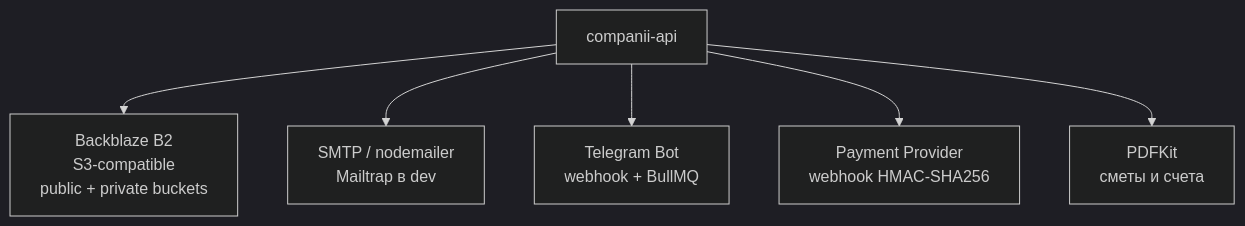
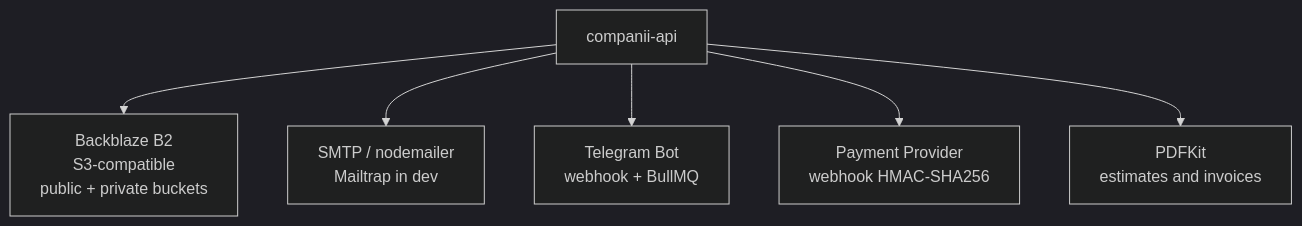
One commit to 1GoodCod1/companii-api changed the ninth of 10 diagrams in README.md. Above: the diagram before and after it, drawn with Mermaid (dark theme). The commit also changed other lines of this file and 1 other file, not shown here.

````diff
--- a/README.md
+++ b/README.md
@@ -383,10 +385,10 @@
 ```mermaid
 flowchart TB
     API["companii-api"]
 
     API --> B2["Backblaze B2<br/>S3-compatible<br/>public + private buckets"]
-    API --> SMTP["SMTP / nodemailer<br/>Mailtrap в dev"]
+    API --> SMTP["SMTP / nodemailer<br/>Mailtrap in dev"]
     API --> TG["Telegram Bot<br/>webhook + BullMQ"]
     API --> PAY["Payment Provider<br/>webhook HMAC-SHA256"]
-    API --> PDF["PDFKit<br/>сметы и счета"]
+    API --> PDF["PDFKit<br/>estimates and invoices"]
 ```
````
